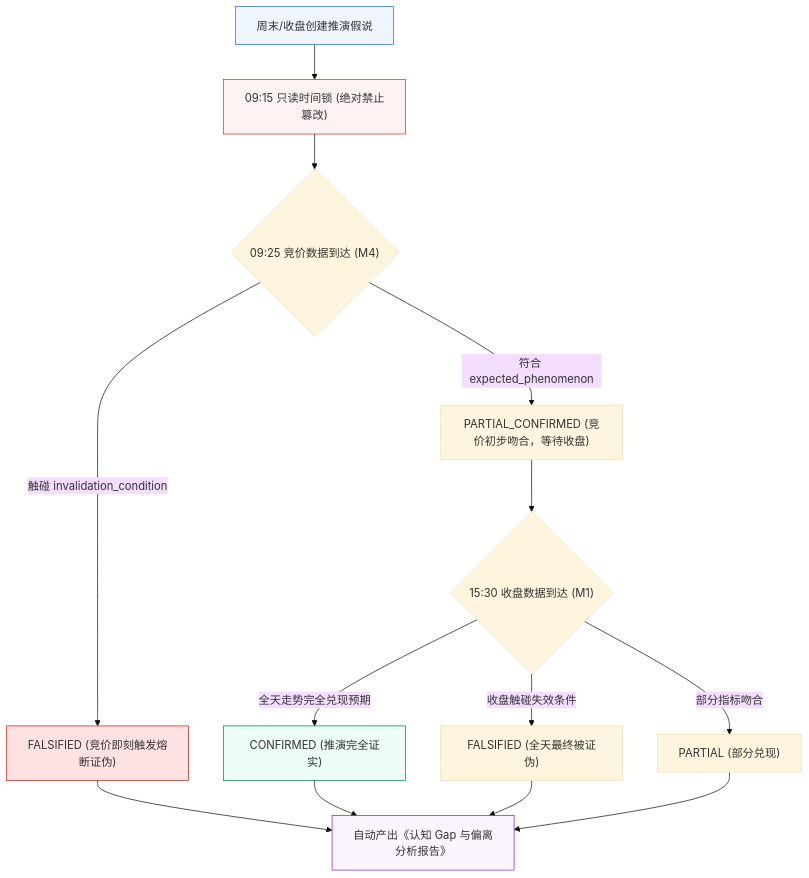
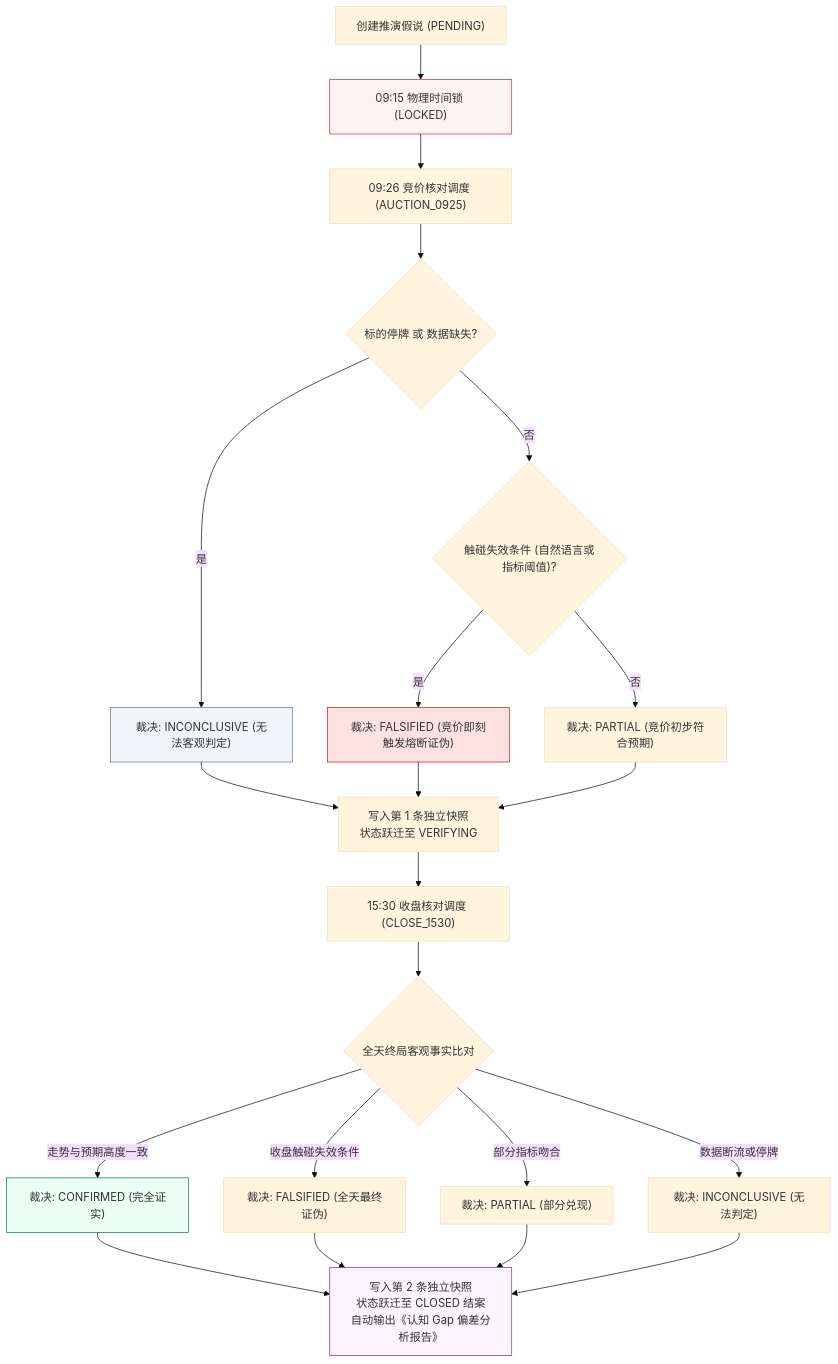
One commit to siyuwha/zhijian changed the diagram in 开发文档/22-G1-Cognition验证闭环增强技术设计单.md. Above: the diagram before and after it, drawn with Mermaid (base theme). The commit also changed other lines of this file, not shown here.

````diff
--- a/开发文档/22-G1-Cognition验证闭环增强技术设计单.md
+++ b/开发文档/22-G1-Cognition验证闭环增强技术设计单.md
@@ -278,21 +283,30 @@
 ```mermaid
 flowchart TD
-    CREATE["周末/收盘创建推演假说"] --> LOCK["09:15 只读时间锁 (绝对禁止篡改)"]
-    LOCK --> STEP_AUCTION{"09:25 竞价数据到达 (M4)"}
+    CREATE["创建推演假说 (PENDING)"] --> T_LOCK["09:15 物理时间锁 (LOCKED)"]
+    T_LOCK --> STEP_AUCTION["09:26 竞价核对调度 (AUCTION_0925)"]
     
-    STEP_AUCTION -->|触碰 invalidation_condition| FALSIFIED_AUCTION["FALSIFIED (竞价即刻触发熔断证伪)"]
-    STEP_AUCTION -->|符合 expected_phenomenon| PENDING_CLOSE["PARTIAL_CONFIRMED (竞价初步吻合，等待收盘)"]
+    STEP_AUCTION --> CHECK_HALT{"标的停牌 或 数据缺失?"}
+    CHECK_HALT -->|是| OUT_INCON["裁决: INCONCLUSIVE (无法客观判定)"]
+    CHECK_HALT -->|否| CHECK_INVALID{"触碰失效条件 (自然语言或指标阈值)?"}
     
-    PENDING_CLOSE --> STEP_CLOSE{"15:30 收盘数据到达 (M1)"}
-    STEP_CLOSE -->|全天走势完全兑现预期| FULL_CONFIRMED["CONFIRMED (推演完全证实)"]
-    STEP_CLOSE -->|收盘触碰失效条件| FULL_FALSIFIED["FALSIFIED (全天最终被证伪)"]
-    STEP_CLOSE -->|部分指标吻合| PARTIAL["PARTIAL (部分兑现)"]
+    CHECK_INVALID -->|是| OUT_FALSIFIED_A["裁决: FALSIFIED (竞价即刻触发熔断证伪)"]
+    CHECK_INVALID -->|否| OUT_PARTIAL_A["裁决: PARTIAL (竞价初步符合预期)"]
+    
+    OUT_INCON & OUT_FALSIFIED_A & OUT_PARTIAL_A --> SAVE_A["写入第 1 条独立快照<br/>状态跃迁至 VERIFYING"]
+    
+    SAVE_A --> STEP_CLOSE["15:30 收盘核对调度 (CLOSE_1530)"]
+    STEP_CLOSE --> CHECK_CLOSE{"全天终局客观事实比对"}
+    
+    CHECK_CLOSE -->|走势与预期高度一致| OUT_CONFIRMED["裁决: CONFIRMED (完全证实)"]
+    CHECK_CLOSE -->|收盘触碰失效条件| OUT_FALSIFIED_C["裁决: FALSIFIED (全天最终证伪)"]
+    CHECK_CLOSE -->|部分指标吻合| OUT_PARTIAL_C["裁决: PARTIAL (部分兑现)"]
+    CHECK_CLOSE -->|数据断流或停牌| OUT_INCON_C["裁决: INCONCLUSIVE (无法判定)"]
+    
+    OUT_CONFIRMED & OUT_FALSIFIED_C & OUT_PARTIAL_C & OUT_INCON_C --> SAVE_C["写入第 2 条独立快照<br/>状态跃迁至 CLOSED 结案<br/>自动输出《认知 Gap 偏差分析报告》"]
 
-    FALSIFIED_AUCTION & FULL_CONFIRMED & FULL_FALSIFIED & PARTIAL --> GAP_REPORT["自动产出《认知 Gap 与偏离分析报告》"]
-
-    style CREATE fill:#eff6ff,stroke:#2563eb;
-    style LOCK fill:#fef2f2,stroke:#dc2626;
-    style FALSIFIED_AUCTION fill:#fee2e2,stroke:#b91c1c;
-    style FULL_CONFIRMED fill:#ecfdf5,stroke:#047857;
-    style GAP_REPORT fill:#faf5ff,stroke:#7e22ce;
+    style T_LOCK fill:#fef2f2,stroke:#dc2626;
+    style OUT_INCON fill:#f1f5f9,stroke:#64748b;
+    style OUT_FALSIFIED_A fill:#fee2e2,stroke:#b91c1c;
+    style OUT_CONFIRMED fill:#ecfdf5,stroke:#047857;
+    style SAVE_C fill:#faf5ff,stroke:#7e22ce;
 ```
````
